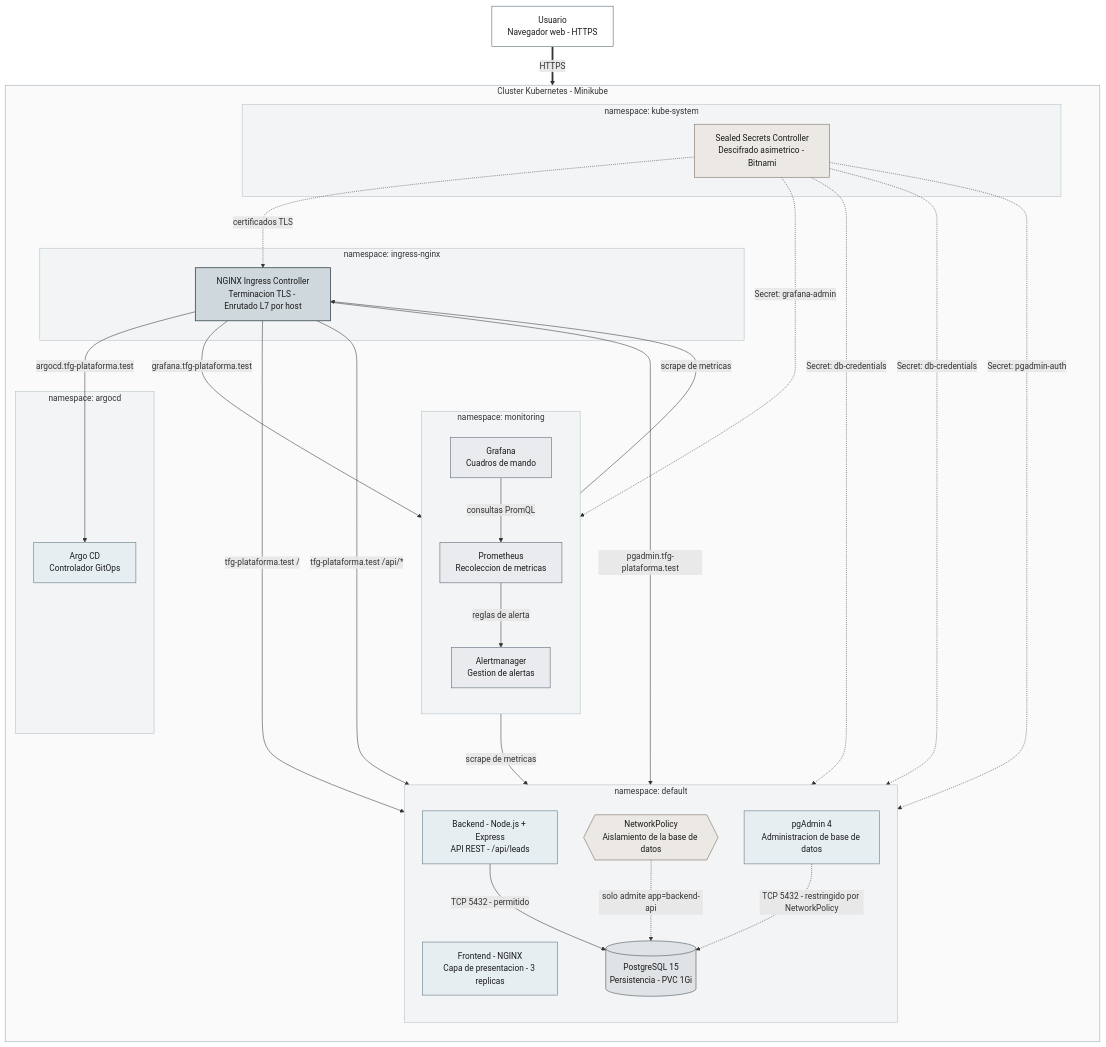
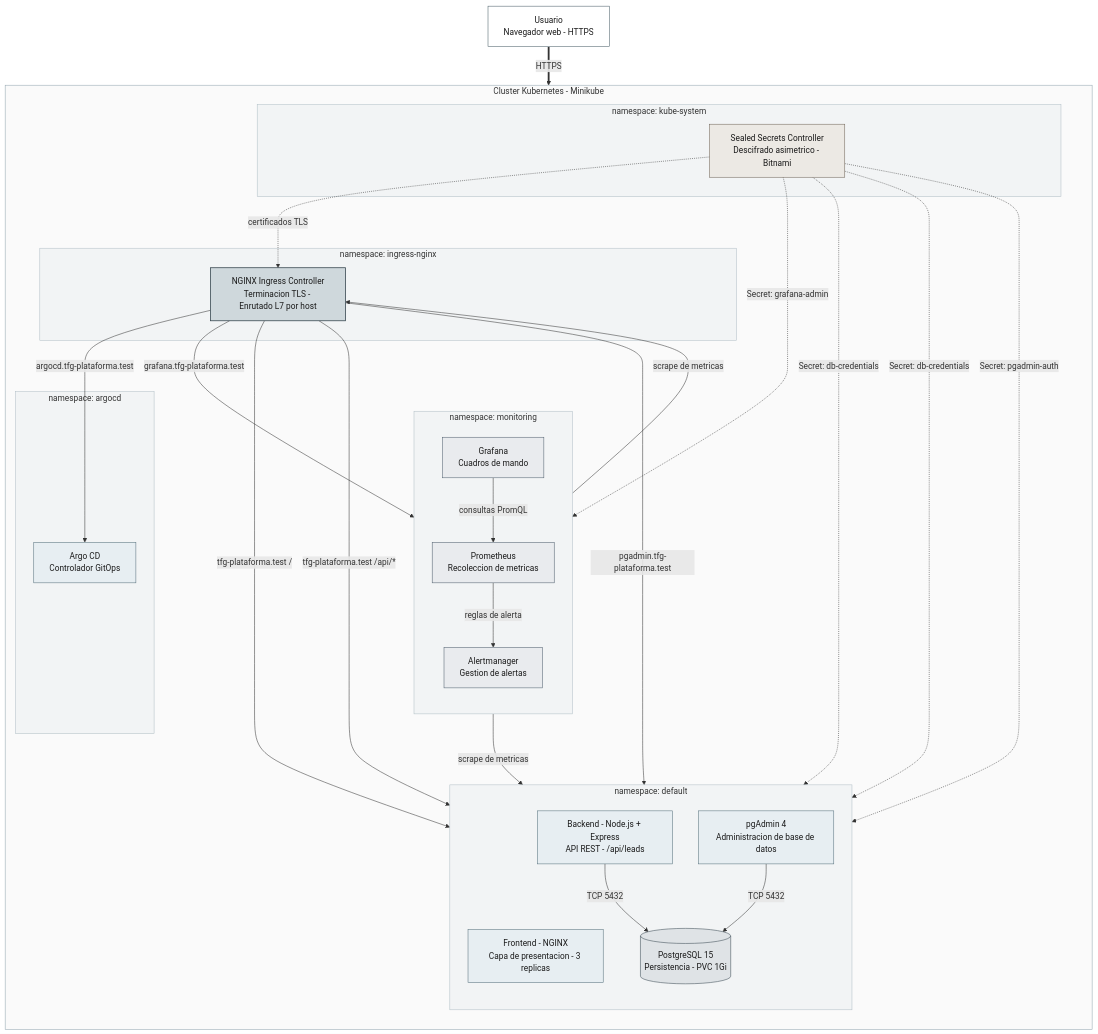
Before and after one commit to ieszaidinvergeles/2-asir-bil-pasir-mario-sanchez-gutierrez: the second of 2 diagrams in docs/03-diagramas-arquitectura.md, drawn with Mermaid. The commit also changed other lines of this file and 4 other files, not shown here.

```diff
--- a/docs/03-diagramas-arquitectura.md
+++ b/docs/03-diagramas-arquitectura.md
@@ -94,7 +94,6 @@
             BACKEND["Backend - Node.js + Express<br/>API REST - /api/leads"]:::service
             PGADMIN["pgAdmin 4<br/>Administracion de base de datos"]:::service
             POSTGRES[("PostgreSQL 15<br/>Persistencia - PVC 1Gi")]:::database
-            NETPOL{{"NetworkPolicy<br/>Aislamiento de la base de datos"}}:::security
         end
 
         %% --- Capa de observabilidad ---
@@ -125,9 +124,8 @@
     INGRESS -->|"argocd.tfg-plataforma.test"| ARGOCD
 
     %% --- Acceso a datos ---
-    BACKEND -->|"TCP 5432 - permitido"| POSTGRES
-    NETPOL -.->|"solo admite app=backend-api"| POSTGRES
-    PGADMIN -.->|"TCP 5432 - restringido por NetworkPolicy"| POSTGRES
+    BACKEND -->|"TCP 5432"| POSTGRES
+    PGADMIN -->|"TCP 5432"| POSTGRES
 
     %% --- Gestion de secretos (criptografia asimetrica) ---
     SEALED -.->|"Secret: db-credentials"| POSTGRES
```
